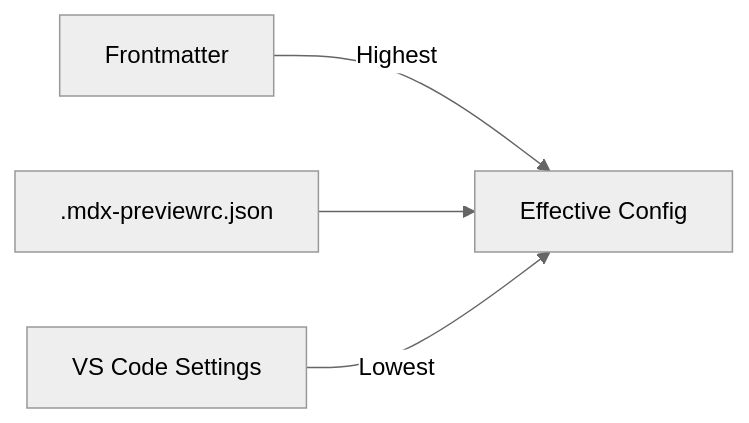
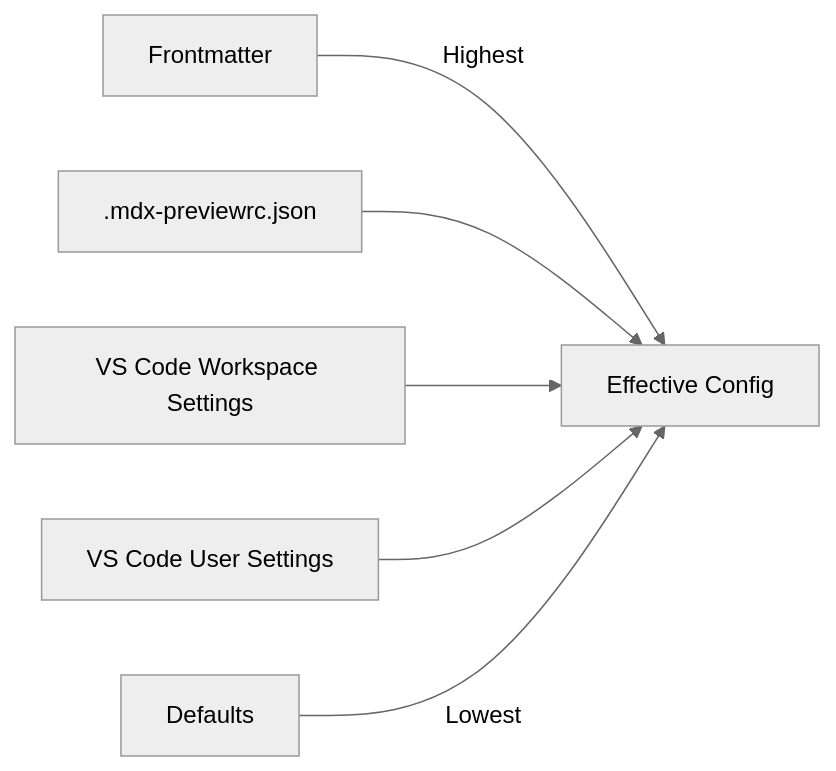
Before and after one commit to ggfincke/vsc-mdx-preview: the first of 2 diagrams in docs/configuration.md, drawn with Mermaid (neutral theme). The commit also changed other lines of this file and 6 other files, not shown here.

````diff
--- a/docs/configuration.md
+++ b/docs/configuration.md
@@ -11,8 +11,10 @@
 ```mermaid
 flowchart LR
     A[Frontmatter] -->|Highest| FINAL
     B[".mdx-previewrc.json"] --> FINAL
-    C[VS Code Settings] -->|Lowest| FINAL
+    C[VS Code Workspace Settings] --> FINAL
+    D[VS Code User Settings] --> FINAL
+    E[Defaults] -->|Lowest| FINAL
 
     FINAL[Effective Config]
 ```
````
